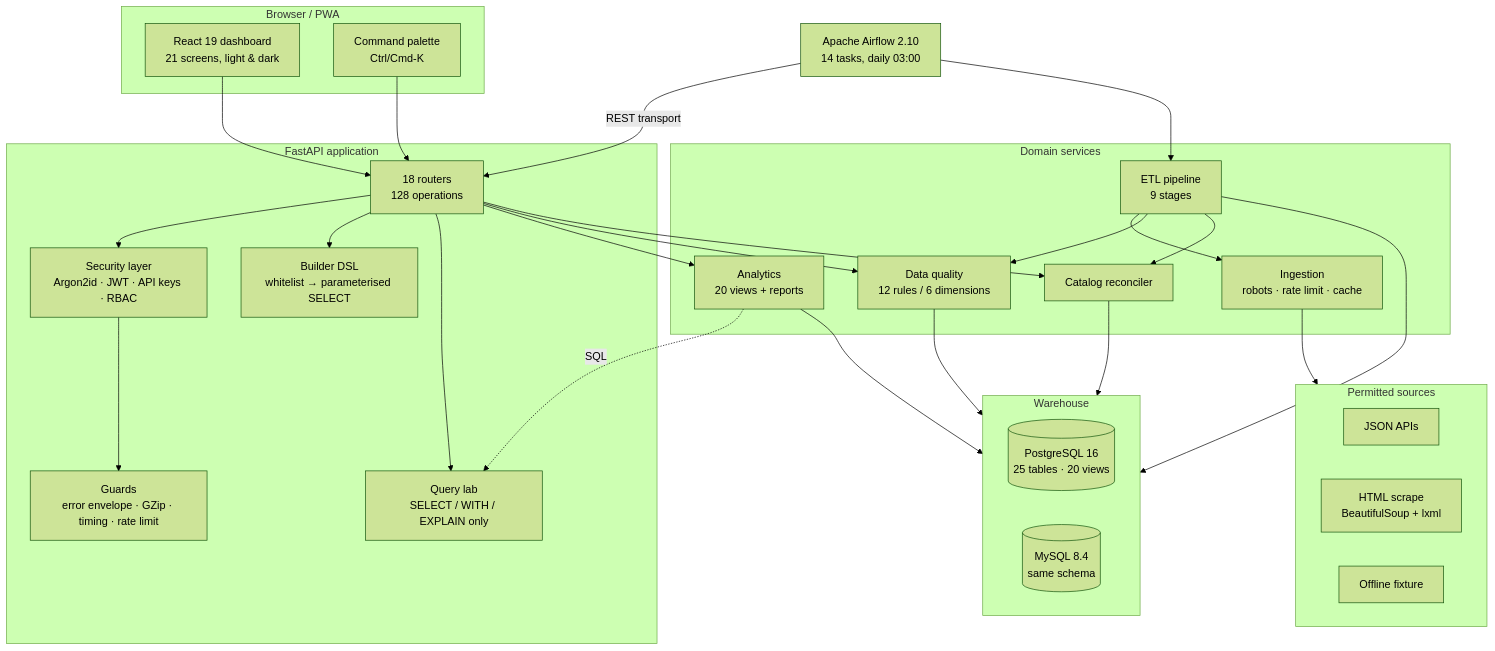
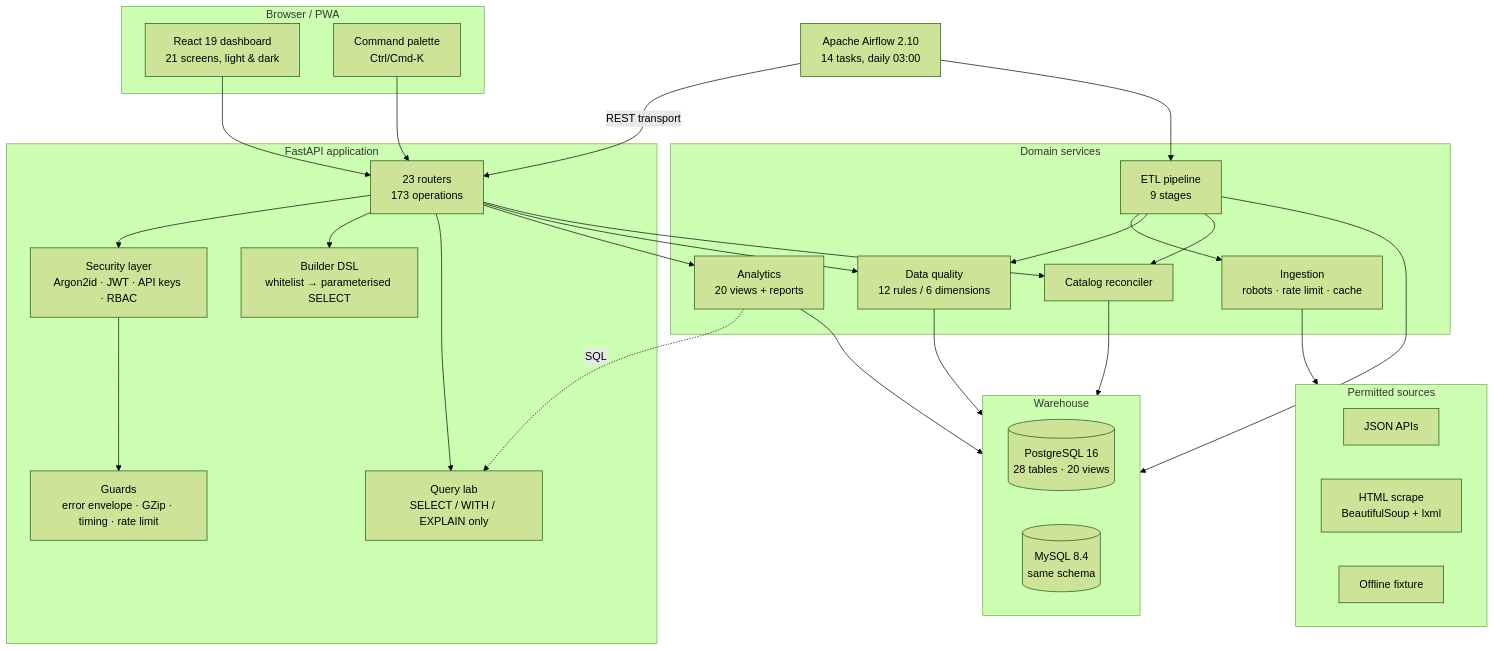
Before and after one commit to Ahmedbakr78/Web-to-Warehouse-Product-Intelligence-Pipeline: diagram 12 of 15 in README.md, drawn with Mermaid (forest theme). The commit also changed other lines of this file and 18 other files, not shown here.

````diff
--- a/README.md
+++ b/README.md
@@ -790,50 +790,50 @@
 ```mermaid
 graph TB
     subgraph Client["Browser / PWA"]
         DASH["React 19 dashboard<br/>21 screens, light & dark"]
         PAL["Command palette<br/>Ctrl/Cmd-K"]
     end
     subgraph Edge["FastAPI application"]
-        ROUTES["18 routers<br/>128 operations"]
+        ROUTES["23 routers<br/>173 operations"]
         AUTH["Security layer<br/>Argon2id · JWT · API keys · RBAC"]
         GUARD["Guards<br/>error envelope · GZip · timing · rate limit"]
         BUILDER["Builder DSL<br/>whitelist → parameterised SELECT"]
         QLAB["Query lab<br/>SELECT / WITH / EXPLAIN only"]
     end
     subgraph Domain["Domain services"]
         ING["Ingestion<br/>robots · rate limit · cache"]
         ETL["ETL pipeline<br/>9 stages"]
         DQ["Data quality<br/>12 rules / 6 dimensions"]
         AN["Analytics<br/>20 views + reports"]
         REC["Catalog reconciler"]
     end
     subgraph Store["Warehouse"]
-        PG[("PostgreSQL 16<br/>25 tables · 20 views")]
+        PG[("PostgreSQL 16<br/>28 tables · 20 views")]
         MY[("MySQL 8.4<br/>same schema")]
     end
     subgraph Sources["Permitted sources"]
         S1["JSON APIs"]
         S2["HTML scrape<br/>BeautifulSoup + lxml"]
         S3["Offline fixture"]
     end
     AF["Apache Airflow 2.10<br/>14 tasks, daily 03:00"]
 
     DASH --> ROUTES
     PAL --> ROUTES
     ROUTES --> AUTH --> GUARD
     ROUTES --> BUILDER
     ROUTES --> QLAB
     ROUTES --> AN
     ROUTES --> DQ
     ROUTES --> REC
     ETL --> ING --> Sources
     ETL --> DQ
     ETL --> REC
     ETL --> Store
     AN --> Store
     DQ --> Store
     REC --> Store
     AN -.SQL.-> QLAB
     AF -->|"REST transport"| ROUTES
     AF --> ETL
 ```
````
